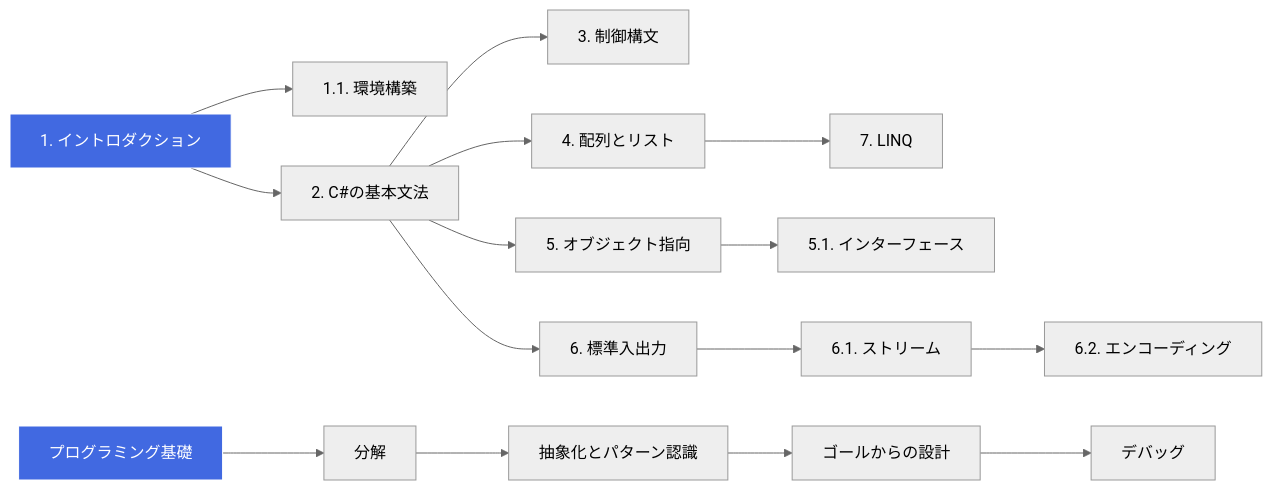
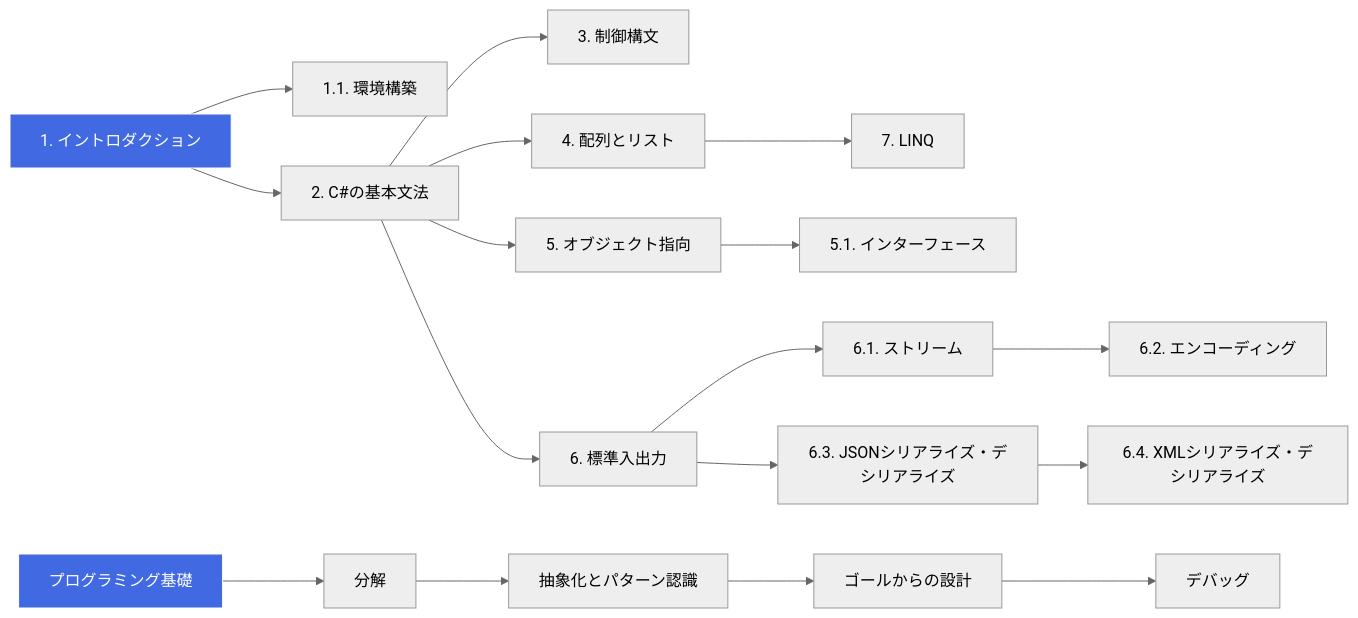
Before and after one commit to h0r1-m/csharp_zoro_to_hero: the diagram in README.md, drawn with Mermaid (neutral theme). The commit also changed other lines of this file, not shown here.

Commit message:
目次

````diff
--- a/README.md
+++ b/README.md
@@ -16,19 +16,21 @@
 ```mermaid
 flowchart LR
   S1[1. イントロダクション] --> S11[1.1. 環境構築]
   S1 --> S2[2. C#の基本文法]
   S2 --> S3[3. 制御構文]
   S2 --> S4[4. 配列とリスト]
   S4 --> S7[7. LINQ]
   S2 --> S5[5. オブジェクト指向]
   S5 --> S51[5.1. インターフェース]
   S2 --> S6[6. 標準入出力]
   S6 --> S61[6.1. ストリーム]
   S61 --> S62[6.2. エンコーディング]
+  S6 --> S63[6.3. JSONシリアライズ・デシリアライズ]
+  S63 --> S64[6.4. XMLシリアライズ・デシリアライズ]
   P0[プログラミング基礎] --> P1[分解]
   P1 --> P2[抽象化とパターン認識]
   P2 --> P3[ゴールからの設計]
   P3 --> P4[デバッグ]
   style S1 fill:#4169e1,stroke:#fff,color:#fff
   style P0 fill:#4169e1,stroke:#fff,color:#fff
 ```
````
